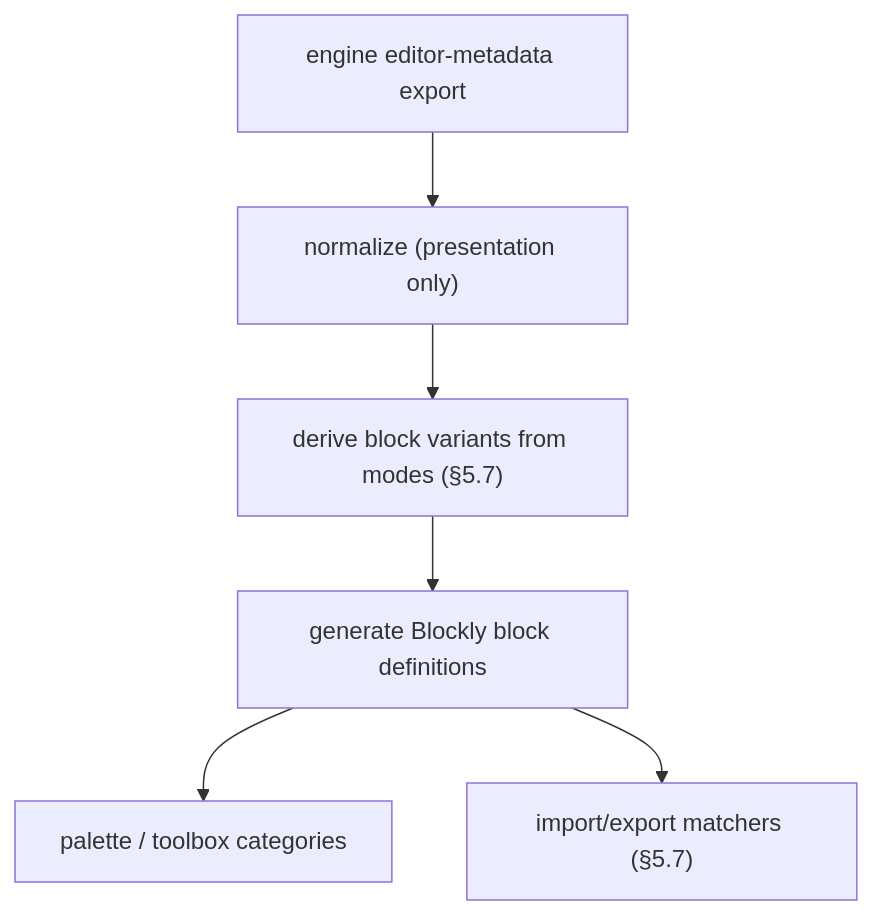
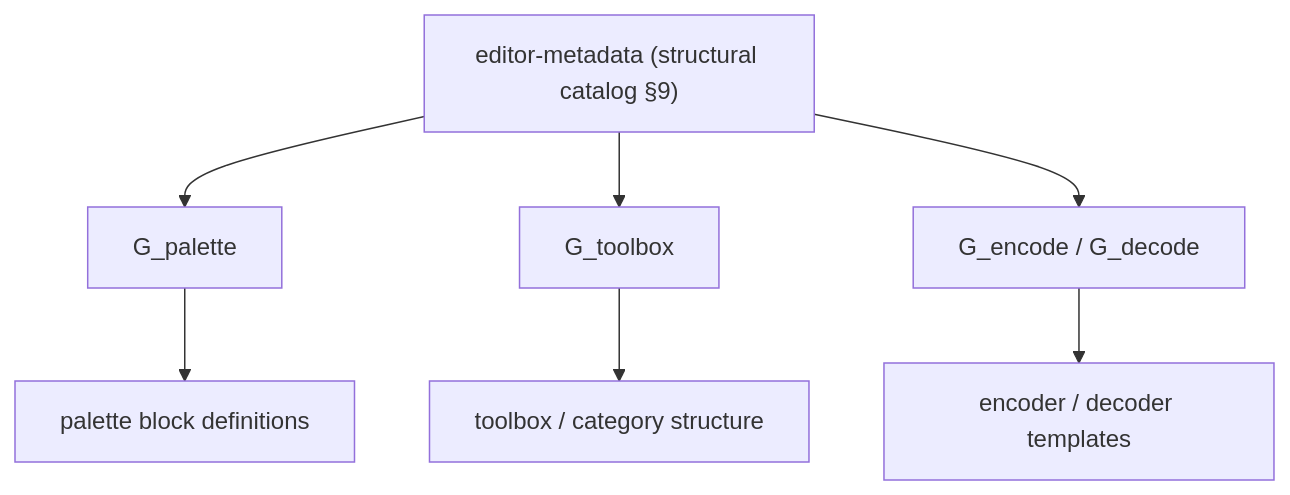
Before and after one commit to transon-org/transon-blockly: the fifth of 8 diagrams in docs/ARCHITECTURE.md, drawn with Mermaid. The commit also changed other lines of this file and 5 other files, not shown here.

````diff
--- a/docs/ARCHITECTURE.md
+++ b/docs/ARCHITECTURE.md
@@ -411,8 +566,9 @@
 ```mermaid
 flowchart TD
-    MD["engine editor-metadata export"] --> N["normalize (presentation only)"]
-    N --> V["derive block variants from modes (§5.7)"]
-    V --> GEN["generate Blockly block definitions"]
-    GEN --> PAL["palette / toolbox categories"]
-    GEN --> MAP["import/export matchers (§5.7)"]
+    MD["editor-metadata (structural catalog §9)"] --> GP["G_palette"]
+    MD --> GT["G_toolbox"]
+    MD --> GEN["G_encode / G_decode"]
+    GP --> PAL["palette block definitions"]
+    GT --> TB["toolbox / category structure"]
+    GEN --> COD["encoder / decoder templates"]
 ```
````
